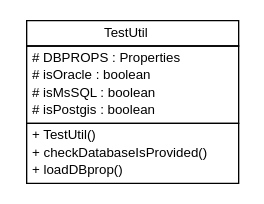
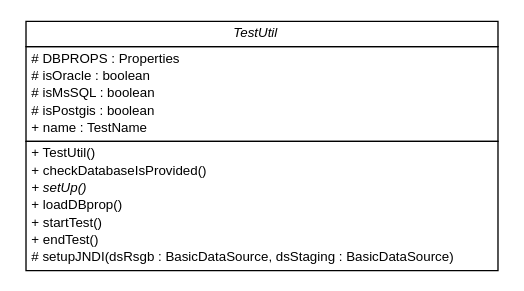
Before and after one commit to B3Partners/brmo: the diagram in brmo-service/testapidocs/nl/b3p/brmo/service/testutil/nl.b3p.brmo.service.testutil.dot, drawn with Graphviz. The commit also changed 225 other files, not shown here.

```diff
--- a/brmo-service/testapidocs/nl/b3p/brmo/service/testutil/nl.b3p.brmo.service.testutil.dot
+++ b/brmo-service/testapidocs/nl/b3p/brmo/service/testutil/nl.b3p.brmo.service.testutil.dot
@@ -1,29 +1,34 @@
 #!/usr/local/bin/dot
 #
 # Class diagram 
 # Generated by UMLGraph version R5_6-24-gf6e263 (http://www.umlgraph.org/)
 #
 
 digraph G {
 	edge [fontname="Helvetica",fontsize=10,labelfontname="Helvetica",labelfontsize=10];
 	node [fontname="Helvetica",fontsize=10,shape=plaintext];
 	nodesep=0.25;
 	ranksep=0.5;
 	// nl.b3p.brmo.service.testutil.TestUtil
 	c15 [label=<<table title="nl.b3p.brmo.service.testutil.TestUtil" border="0" cellborder="1" cellspacing="0" cellpadding="2" port="p" href="./TestUtil.html">
 		<tr><td><table border="0" cellspacing="0" cellpadding="1">
-<tr><td align="center" balign="center"> TestUtil </td></tr>
+<tr><td align="center" balign="center"><font face="Helvetica-Oblique"> TestUtil </font></td></tr>
 		</table></td></tr>
 		<tr><td><table border="0" cellspacing="0" cellpadding="1">
 <tr><td align="left" balign="left"> # DBPROPS : Properties </td></tr>
 <tr><td align="left" balign="left"> # isOracle : boolean </td></tr>
 <tr><td align="left" balign="left"> # isMsSQL : boolean </td></tr>
 <tr><td align="left" balign="left"> # isPostgis : boolean </td></tr>
+<tr><td align="left" balign="left"> + name : TestName </td></tr>
 		</table></td></tr>
 		<tr><td><table border="0" cellspacing="0" cellpadding="1">
 <tr><td align="left" balign="left"> + TestUtil() </td></tr>
 <tr><td align="left" balign="left"> + checkDatabaseIsProvided() </td></tr>
+<tr><td align="left" balign="left"><font face="Helvetica-Oblique" point-size="10.0"> + setUp() </font></td></tr>
 <tr><td align="left" balign="left"> + loadDBprop() </td></tr>
+<tr><td align="left" balign="left"> + startTest() </td></tr>
+<tr><td align="left" balign="left"> + endTest() </td></tr>
+<tr><td align="left" balign="left"> # setupJNDI(dsRsgb : BasicDataSource, dsStaging : BasicDataSource) </td></tr>
 		</table></td></tr>
 		</table>>, URL="./TestUtil.html", fontname="Helvetica", fontcolor="black", fontsize=10.0];
 }
```
